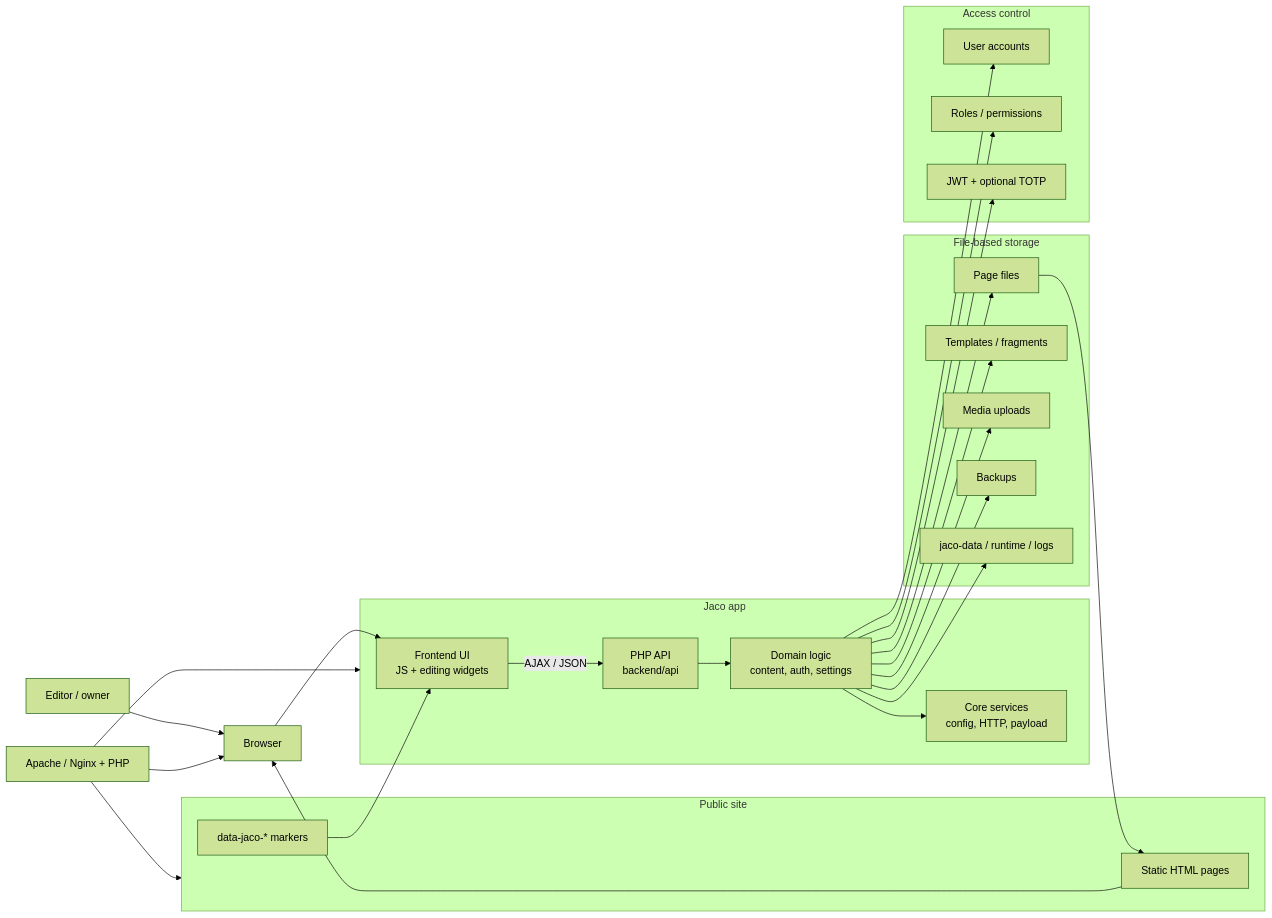
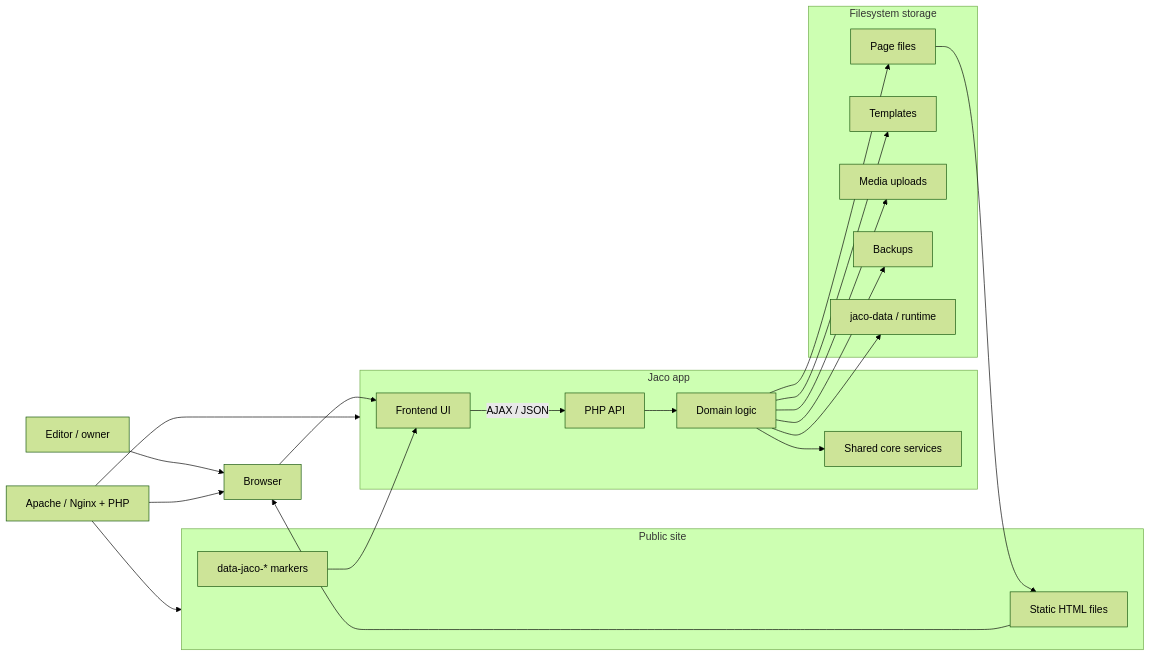
The first of 5 diagrams in docs/ARCHITECTURE.md (tbreuss/jaco-cms), drawn with Mermaid (forest theme) before and after one commit. The commit also changed other lines of this file, not shown here.

Commit message:
Compress the architecture overview into a concise, non-redundant system overview for docs/ARCHITECTURE.md

````diff
--- a/docs/ARCHITECTURE.md
+++ b/docs/ARCHITECTURE.md
@@ -7,54 +7,45 @@
 ```mermaid
 flowchart LR
     User[Editor / owner]
     Browser[Browser]
 
     subgraph PublicSite[Public site]
-        HTML[Static HTML pages]
+        HTML[Static HTML files]
         Markers[data-jaco-* markers]
     end
 
     subgraph JacoApp[Jaco app]
-        Frontend[Frontend UI\nJS + editing widgets]
-        API[PHP API\nbackend/api]
-        Domain[Domain logic\ncontent, auth, settings]
-        Core[Core services\nconfig, HTTP, payload]
+        Frontend[Frontend UI]
+        API[PHP API]
+        Domain[Domain logic]
+        Core[Shared core services]
     end
 
-    subgraph Storage[File-based storage]
+    subgraph Storage[Filesystem storage]
         Pages[Page files]
-        Templates[Templates / fragments]
+        Templates[Templates]
         Media[Media uploads]
         Backups[Backups]
-        State[jaco-data / runtime / logs]
-    end
-
-    subgraph Auth[Access control]
-        Accounts[User accounts]
-        Roles[Roles / permissions]
-        JWT[JWT + optional TOTP]
+        Runtime[jaco-data / runtime]
     end
 
     User --> Browser
     Browser --> Frontend
     Frontend -->|AJAX / JSON| API
     API --> Domain
     Domain --> Core
 
-    Domain --> Accounts
-    Domain --> Roles
-    Domain --> JWT
     Domain --> Pages
     Domain --> Templates
     Domain --> Media
     Domain --> Backups
-    Domain --> State
+    Domain --> Runtime
 
     HTML --> Browser
     Pages --> HTML
     Markers --> Frontend
 
-    WebServer[Apache / Nginx + PHP] --> Browser
-    WebServer --> JacoApp
-    WebServer --> PublicSite
+    Server[Apache / Nginx + PHP] --> Browser
+    Server --> JacoApp
+    Server --> PublicSite
 ```
````
